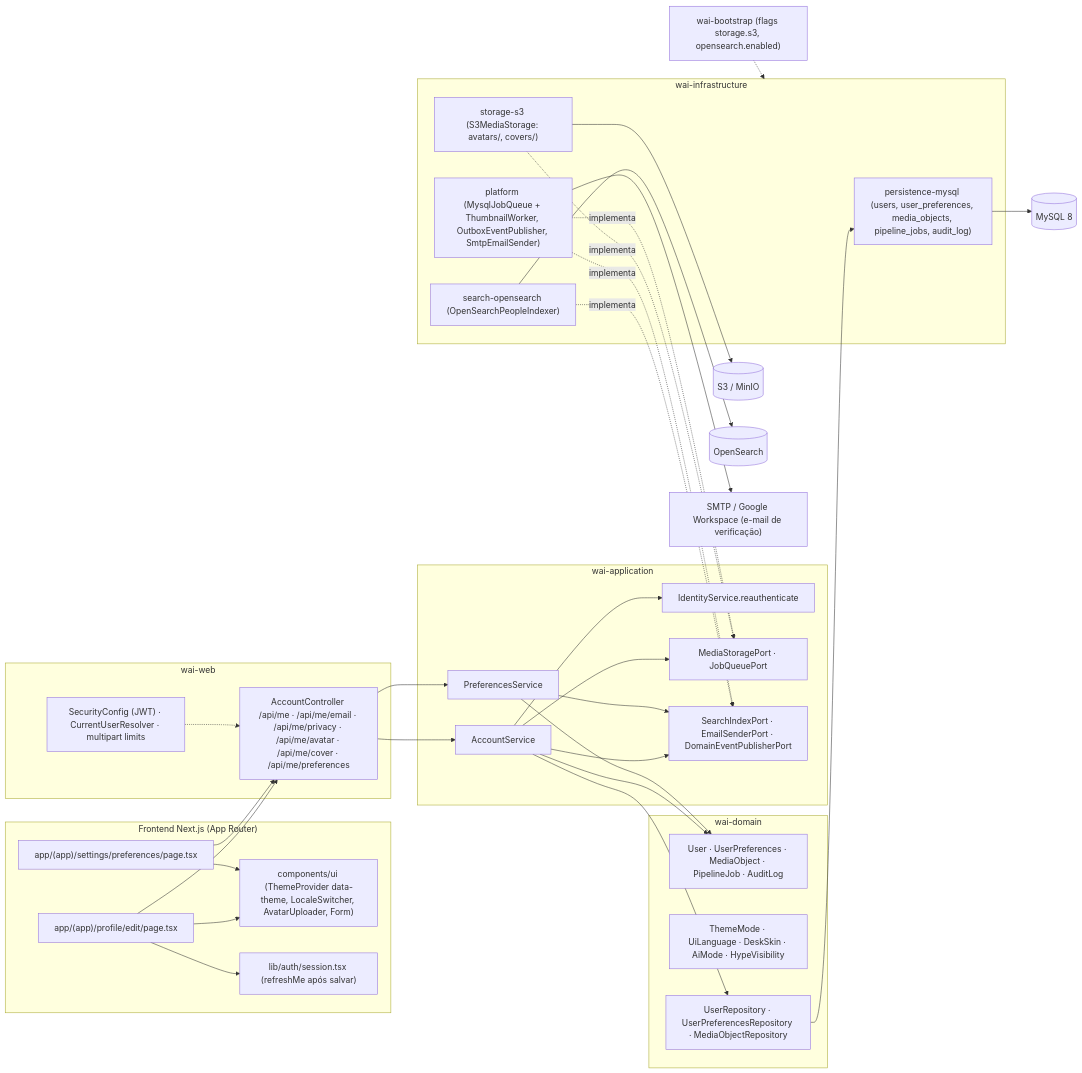
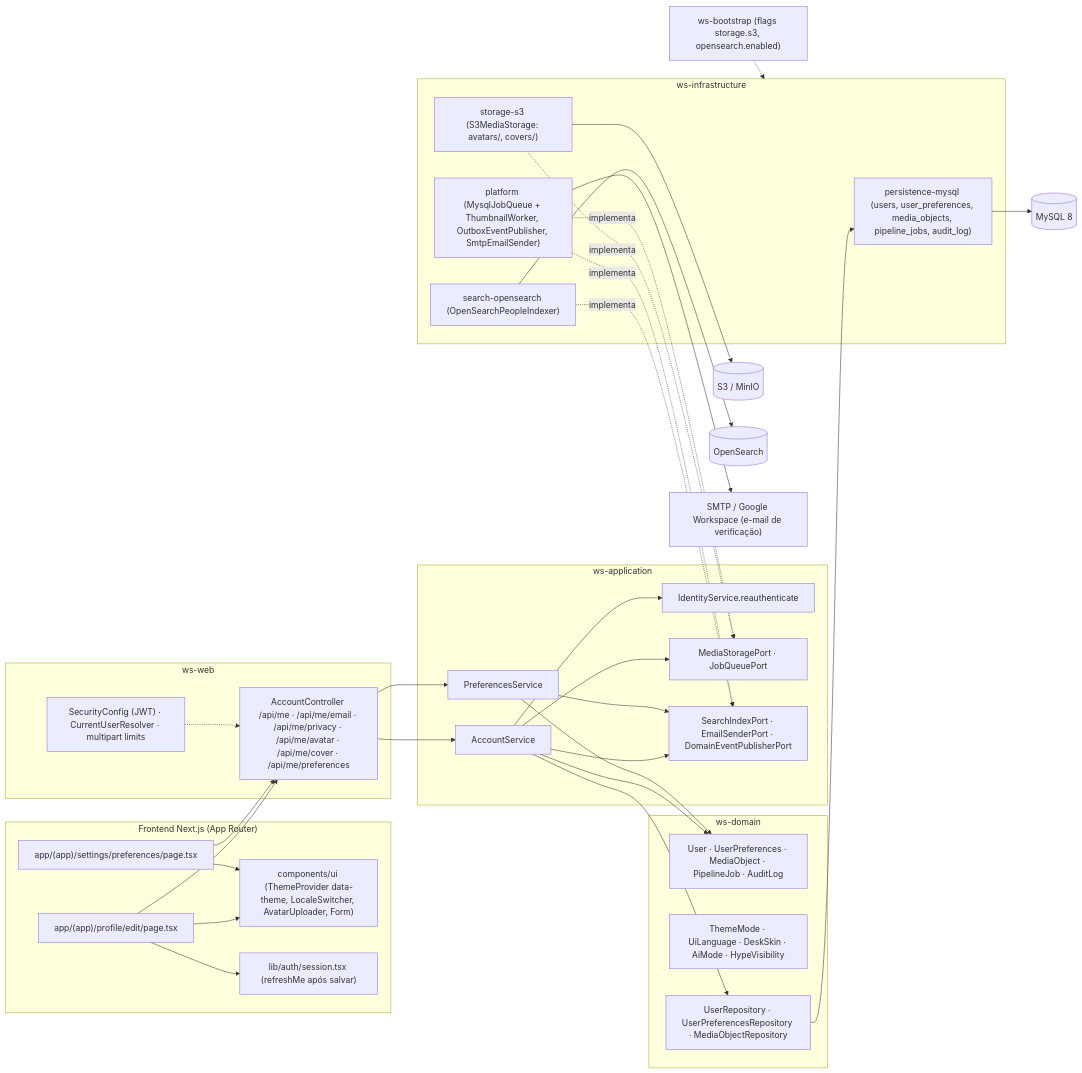
The fifth of 5 diagrams in docs/diagramas/RF3/README.md (MatheusHaliski/Decia-app-2026), drawn with Mermaid before and after one commit. The commit also changed other lines of this file and 65 other files, not shown here.

First line of the commit message:
docs: renomeia o produto para Work Station (módulos ws-*), UserPreferences no diagrama v1, RF44/RF45 ajustados, design system (tokens, components.css, 66 ícones, 112 anatomias SVG, galeria e capturas) e dúvidas Q-36..Q-43

````diff
--- a/docs/diagramas/RF3/README.md
+++ b/docs/diagramas/RF3/README.md
@@ -393,66 +393,66 @@
 ```mermaid
 flowchart LR
   subgraph FE["Frontend Next.js (App Router)"]
     FE1["app/(app)/profile/edit/page.tsx"]
     FE2["app/(app)/settings/preferences/page.tsx"]
     FE3["components/ui (ThemeProvider data-theme, LocaleSwitcher, AvatarUploader, Form)"]
     FE4["lib/auth/session.tsx (refreshMe após salvar)"]
   end
 
-  subgraph WEB["wai-web"]
+  subgraph WEB["ws-web"]
     W1["AccountController /api/me · /api/me/email · /api/me/privacy · /api/me/avatar · /api/me/cover · /api/me/preferences"]
     W2["SecurityConfig (JWT) · CurrentUserResolver · multipart limits"]
   end
 
-  subgraph APP["wai-application"]
+  subgraph APP["ws-application"]
     S1["AccountService"]
     S2["PreferencesService"]
     S3["IdentityService.reauthenticate"]
     P1["MediaStoragePort · JobQueuePort"]
     P2["SearchIndexPort · EmailSenderPort · DomainEventPublisherPort"]
   end
 
-  subgraph DOM["wai-domain"]
+  subgraph DOM["ws-domain"]
     D1["User · UserPreferences · MediaObject · PipelineJob · AuditLog"]
     D2["ThemeMode · UiLanguage · DeskSkin · AiMode · HypeVisibility"]
     D3["UserRepository · UserPreferencesRepository · MediaObjectRepository"]
   end
 
-  subgraph INFRA["wai-infrastructure"]
+  subgraph INFRA["ws-infrastructure"]
     I1["persistence-mysql (users, user_preferences, media_objects, pipeline_jobs, audit_log)"]
     I2["storage-s3 (S3MediaStorage: avatars/, covers/)"]
     I3["search-opensearch (OpenSearchPeopleIndexer)"]
     I4["platform (MysqlJobQueue + ThumbnailWorker, OutboxEventPublisher, SmtpEmailSender)"]
   end
 
   MY[("MySQL 8")]
   S3B[("S3 / MinIO")]
   OSB[("OpenSearch")]
   X1["SMTP / Google Workspace (e-mail de verificação)"]
 
   FE1 --> W1
   FE2 --> W1
   FE1 --> FE3
   FE2 --> FE3
   FE1 --> FE4
   W2 -.-> W1
   W1 --> S1
   W1 --> S2
   S1 --> S3
   S1 --> P1
   S1 --> P2
   S2 --> P2
   S1 --> D1
   S2 --> D1
   S1 --> D3
   I2 -.->|implementa| P1
   I4 -.->|implementa| P1
   I3 -.->|implementa| P2
   I4 -.->|implementa| P2
   D3 --> I1
   I1 --> MY
   I2 --> S3B
   I3 --> OSB
   I4 --> X1
-  BOOT["wai-bootstrap (flags storage.s3, opensearch.enabled)"] -.-> INFRA
+  BOOT["ws-bootstrap (flags storage.s3, opensearch.enabled)"] -.-> INFRA
 ```
````
